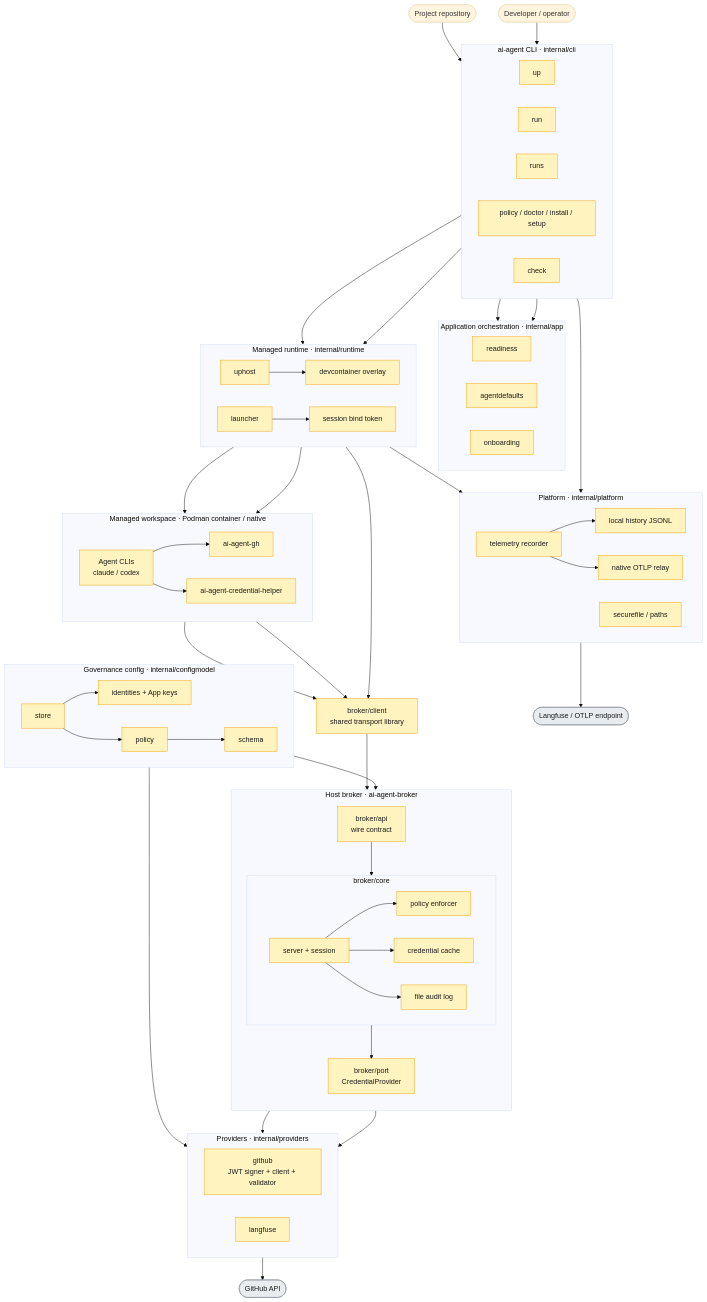
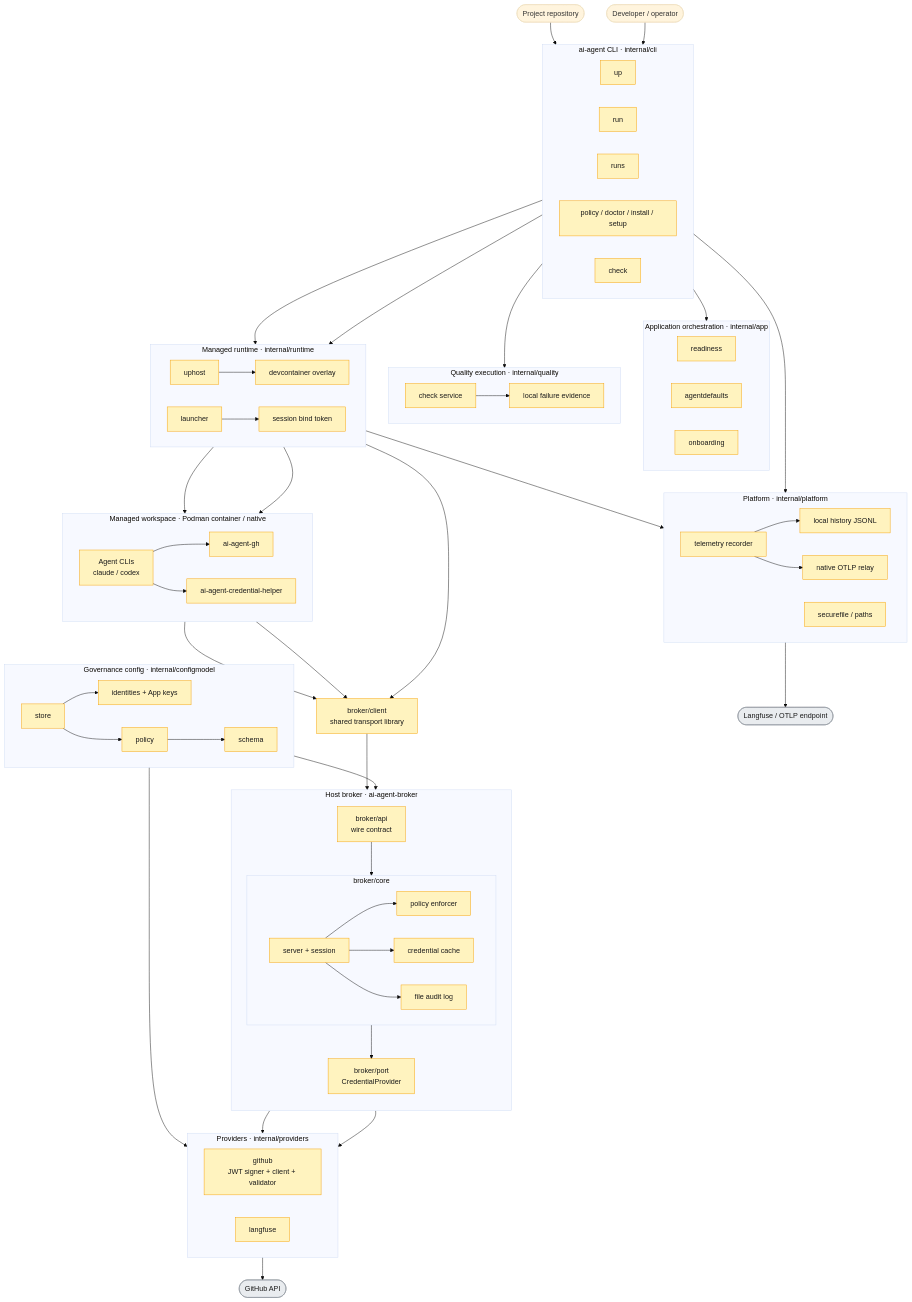
The first of 2 diagrams in docs/current-north-star-architecture.md (maryzam/ai-crew-localdev), drawn with Mermaid (base theme) before and after one commit. The commit also changed other lines of this file, not shown here.

Commit message:
docs: route check through internal/quality in the as-of-today diagram
Finding 3 moved check orchestration into internal/quality, but the
as-of-today diagram still showed check routing through internal/app.
Add a quality-execution node and point check at it so the diagram
matches the refactored code.

````diff
--- a/docs/current-north-star-architecture.md
+++ b/docs/current-north-star-architecture.md
@@ -31,6 +31,12 @@
         Readiness[readiness]
         AgentDefaults[agentdefaults]
         Onboarding[onboarding]
+    end
+
+    subgraph Quality[Quality execution · internal/quality]
+        direction LR
+        CheckSvc[check service]
+        Evidence[local failure evidence]
     end
 
     subgraph Runtime[Managed runtime · internal/runtime]
@@ -97,7 +103,8 @@
     Launcher --> SessionBind
     Launcher --> Telemetry
     SessionBind --> Workspace
-    CheckCmd --> App
+    CheckCmd --> CheckSvc
+    CheckSvc --> Evidence
     GovCmds --> App
 
     Agents --> GhShim
@@ -127,6 +134,6 @@
 
     classDef bin fill:#fff3bf,stroke:#f59f00,color:#1a1a1a
     classDef ext fill:#e9ecef,stroke:#868e96,color:#1a1a1a
-    class UpCmd,RunCmd,RunsCmd,GovCmds,CheckCmd,Readiness,AgentDefaults,Onboarding,UpHost,Launcher,Devcontainer,SessionBind,Agents,GhShim,CredHelper,BClient,BAPI,Server,PolicyEnforce,Cache,Audit,Port,GitHub,Langfuse,Store,Identity,Policy,Schema,Telemetry,LocalSink,OTLPSink,SecureFile bin
+    class UpCmd,RunCmd,RunsCmd,GovCmds,CheckCmd,Readiness,AgentDefaults,Onboarding,CheckSvc,Evidence,UpHost,Launcher,Devcontainer,SessionBind,Agents,GhShim,CredHelper,BClient,BAPI,Server,PolicyEnforce,Cache,Audit,Port,GitHub,Langfuse,Store,Identity,Policy,Schema,Telemetry,LocalSink,OTLPSink,SecureFile bin
     class ExtGitHub,ExtLF ext
 ```
````
